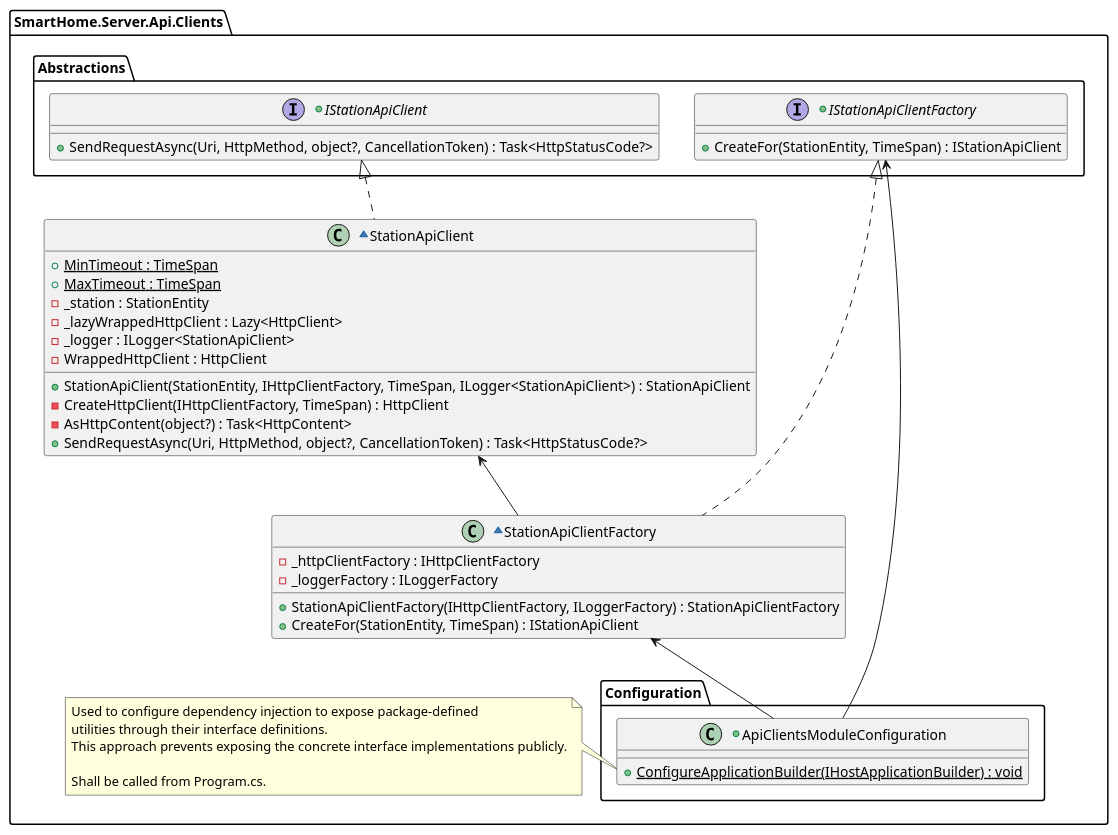
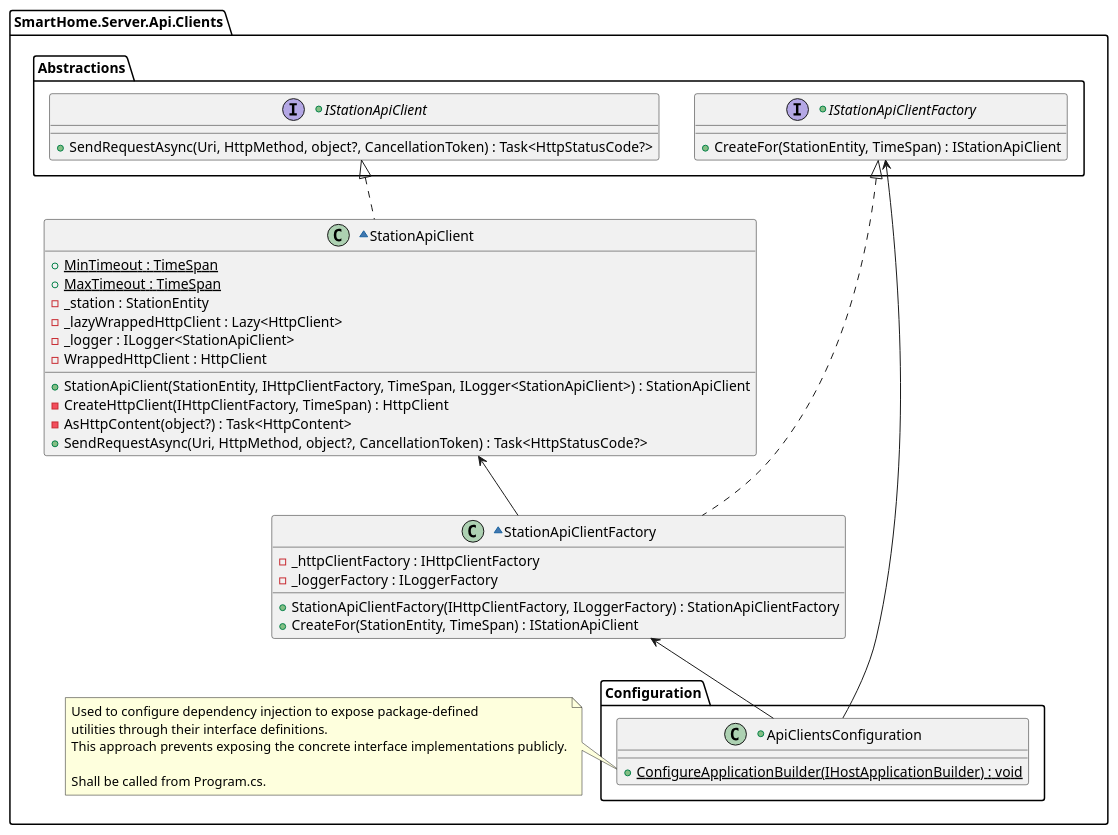
The diagram in doc/Server/uml/modules/SmartHome.Server.Api.Clients.pu (JakubMiodunka/smart-home), drawn with PlantUML before and after one commit. The commit also changed 30 other files, not shown here.

```diff
--- a/doc/Server/uml/modules/SmartHome.Server.Api.Clients.pu
+++ b/doc/Server/uml/modules/SmartHome.Server.Api.Clients.pu
@@ -1,55 +1,55 @@
 @startuml
 
 package "SmartHome.Server.Api.Clients" as ApiClient {
     package Abstractions {
         +interface IStationApiClient {
             +SendRequestAsync(Uri, HttpMethod, object?, CancellationToken) : Task<HttpStatusCode?>
         }
 
         +interface IStationApiClientFactory {
             +CreateFor(StationEntity, TimeSpan) : IStationApiClient
         }
     }
 
     package Configuration {
-        +class ApiClientsModuleConfiguration {
+        +class ApiClientsConfiguration {
             +{static} ConfigureApplicationBuilder(IHostApplicationBuilder) : void
         }
     }
 
     ~class StationApiClient {
         +{static} MinTimeout : TimeSpan
         +{static} MaxTimeout : TimeSpan
         -_station : StationEntity
         -_lazyWrappedHttpClient : Lazy<HttpClient>
         -_logger : ILogger<StationApiClient>
         -WrappedHttpClient : HttpClient
         +StationApiClient(StationEntity, IHttpClientFactory, TimeSpan, ILogger<StationApiClient>) : StationApiClient
         -CreateHttpClient(IHttpClientFactory, TimeSpan) : HttpClient
         -AsHttpContent(object?) : Task<HttpContent>
         +SendRequestAsync(Uri, HttpMethod, object?, CancellationToken) : Task<HttpStatusCode?>
     }
 
     ~class StationApiClientFactory {
         -_httpClientFactory : IHttpClientFactory
         -_loggerFactory : ILoggerFactory
         +StationApiClientFactory(IHttpClientFactory, ILoggerFactory) : StationApiClientFactory
         +CreateFor(StationEntity, TimeSpan) : IStationApiClient
     }
 
     IStationApiClientFactory <|.. StationApiClientFactory
     IStationApiClient <|.. StationApiClient
     StationApiClient <-- StationApiClientFactory
-    IStationApiClientFactory <-- ApiClientsModuleConfiguration
-    StationApiClientFactory <-- ApiClientsModuleConfiguration
+    IStationApiClientFactory <-- ApiClientsConfiguration
+    StationApiClientFactory <-- ApiClientsConfiguration
 
-    note left of ApiClientsModuleConfiguration::ConfigureApplicationBuilder
+    note left of ApiClientsConfiguration::ConfigureApplicationBuilder
         Used to configure dependency injection to expose package-defined 
         utilities through their interface definitions.
         This approach prevents exposing the concrete interface implementations publicly.
         
         Shall be called from Program.cs.
     end note
 }
 
 @enduml
```
